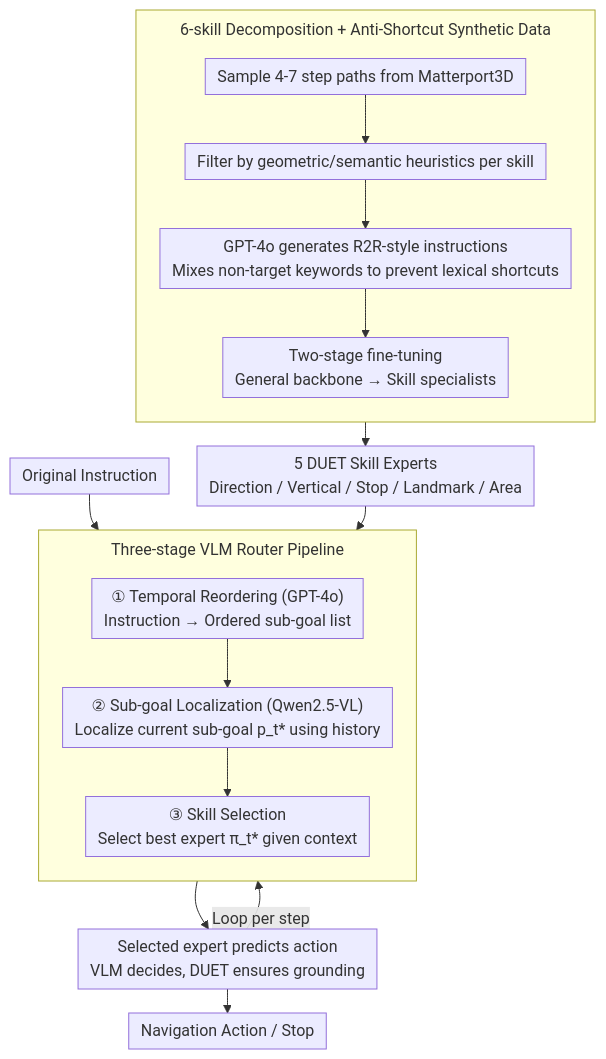
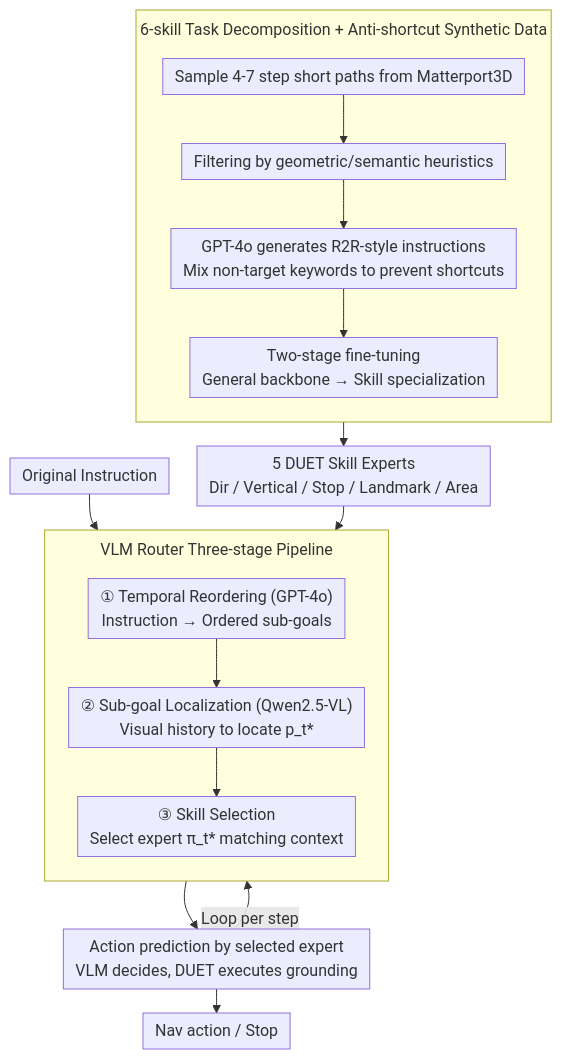
The diagram in docs/ACL2026/robotics/breaking_down_and_building_up_mixture_of_skill-based_vision-and-language_navigat.md (zhaoyang97/Paper-Notes-en), drawn with Mermaid before and after one commit. The commit also changed other lines of this file and 5084 other files, not shown here.

````diff
--- a/docs/ACL2026/robotics/breaking_down_and_building_up_mixture_of_skill-based_vision-and-language_navigat.md
+++ b/docs/ACL2026/robotics/breaking_down_and_building_up_mixture_of_skill-based_vision-and-language_navigat.md
@@ -44,21 +44,21 @@
 ```mermaid
 %%{init: {'flowchart': {'rankSpacing': 24, 'nodeSpacing': 28, 'padding': 6, 'wrappingWidth': 400, 'subGraphTitleMargin': {'top': 8, 'bottom': 16}}}}%%
 flowchart TD
-    subgraph BUILD["6-skill Decomposition + Anti-Shortcut Synthetic Data"]
+    subgraph BUILD["6-skill Task Decomposition + Anti-shortcut Synthetic Data"]
         direction TB
-        A["Sample 4-7 step paths from Matterport3D"] --> B["Filter by geometric/semantic heuristics per skill"]
-        B --> C["GPT-4o generates R2R-style instructions<br/>Mixes non-target keywords to prevent lexical shortcuts"]
-        C --> D["Two-stage fine-tuning<br/>General backbone → Skill specialists"]
+        A["Sample 4-7 step short paths from Matterport3D"] --> B["Filtering by geometric/semantic heuristics"]
+        B --> C["GPT-4o generates R2R-style instructions<br/>Mix non-target keywords to prevent shortcuts"]
+        C --> D["Two-stage fine-tuning<br/>General backbone → Skill specialization"]
     end
-    D --> E["5 DUET Skill Experts<br/>Direction / Vertical / Stop / Landmark / Area"]
+    D --> E["5 DUET Skill Experts<br/>Dir / Vertical / Stop / Landmark / Area"]
     F["Original Instruction"] --> G
-    subgraph ROUTER["Three-stage VLM Router Pipeline"]
+    subgraph ROUTER["VLM Router Three-stage Pipeline"]
         direction TB
-        G["① Temporal Reordering (GPT-4o)<br/>Instruction → Ordered sub-goal list"] --> H["② Sub-goal Localization (Qwen2.5-VL)<br/>Localize current sub-goal p_t* using history"]
-        H --> I["③ Skill Selection<br/>Select best expert π_t* given context"]
+        G["① Temporal Reordering (GPT-4o)<br/>Instruction → Ordered sub-goals"] --> H["② Sub-goal Localization (Qwen2.5-VL)<br/>Visual history to locate p_t*"]
+        H --> I["③ Skill Selection<br/>Select expert π_t* matching context"]
     end
     E --> I
-    I --> J["Selected expert predicts action<br/>VLM decides, DUET ensures grounding"]
+    I --> J["Action prediction by selected expert<br/>VLM decides, DUET executes grounding"]
     J -->|Loop per step| H
-    J --> K["Navigation Action / Stop"]
+    J --> K["Nav action / Stop"]
 ```
````
